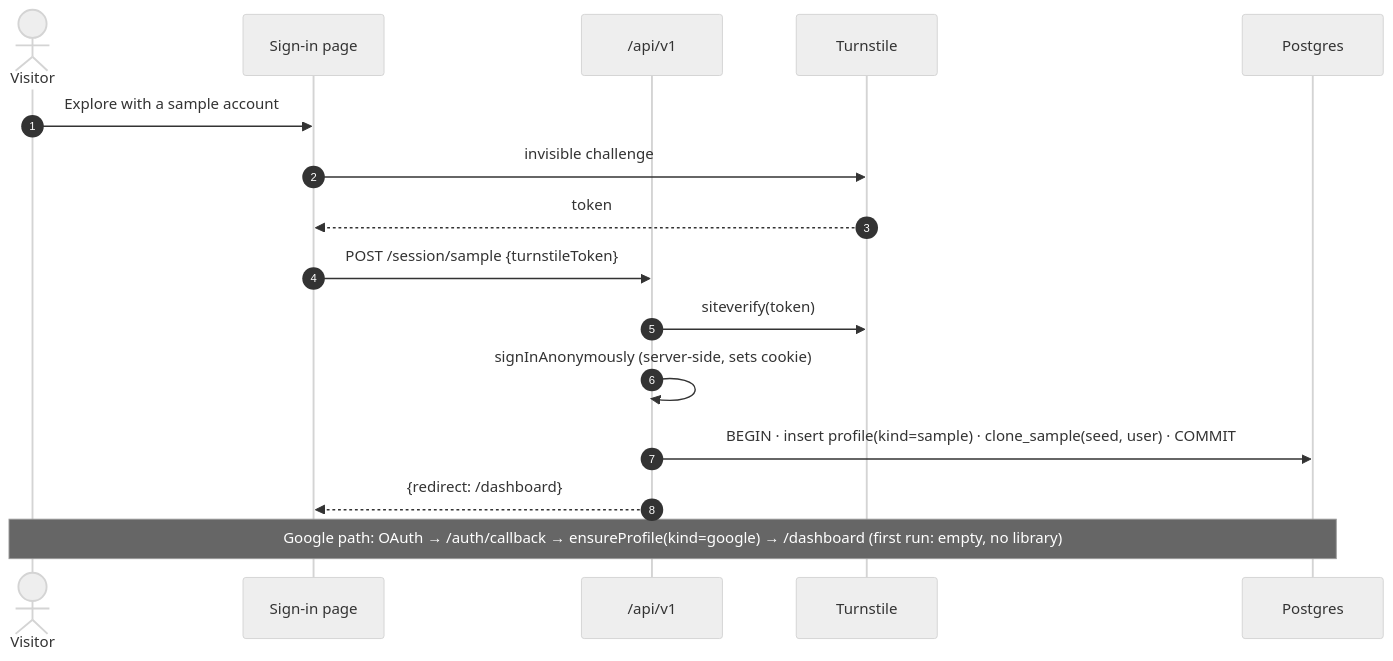
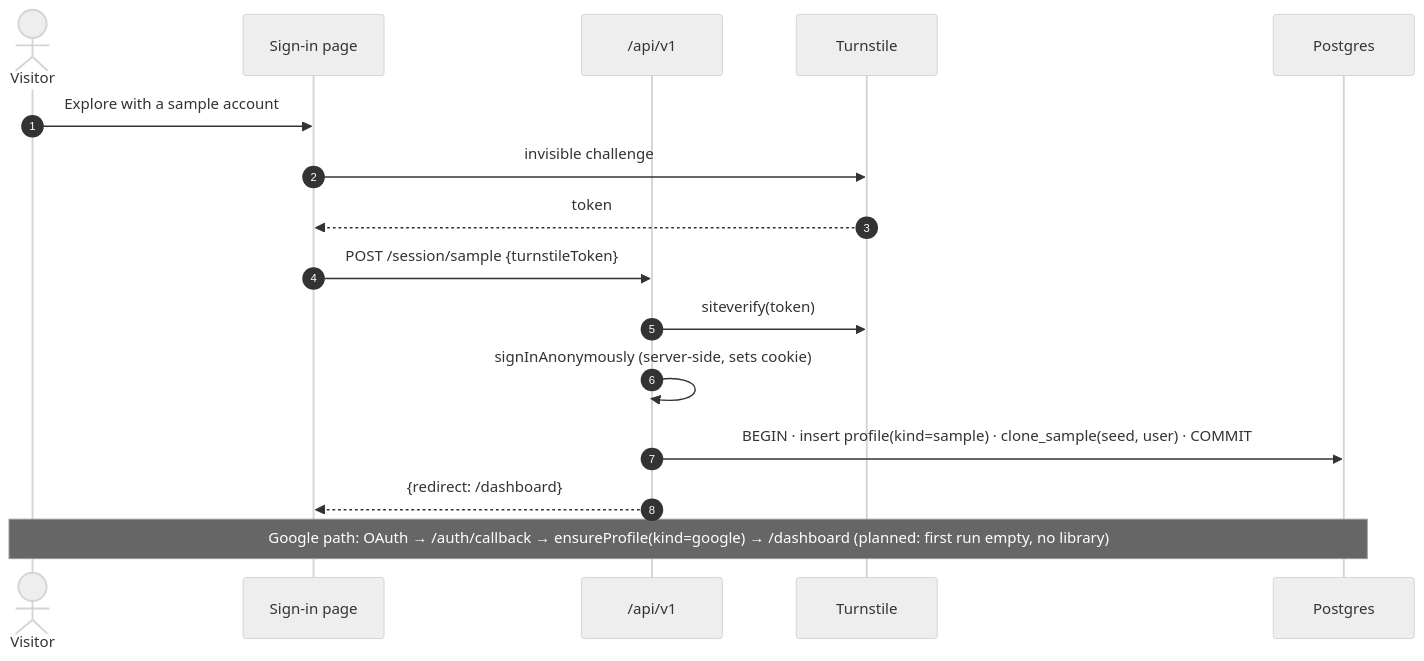
The second of 6 diagrams in docs/Lectheo Architecture.md (adamchok/Lectheo), drawn with Mermaid (neutral theme) before and after one commit. The commit also changed other lines of this file and 8 other files, not shown here.

````diff
--- a/docs/Lectheo Architecture.md
+++ b/docs/Lectheo Architecture.md
@@ -135,19 +135,19 @@
 ```mermaid
 sequenceDiagram
     autonumber
     actor V as Visitor
     participant UI as Sign-in page
     participant API as /api/v1
     participant TS as Turnstile
     participant DB as Postgres
 
     V->>UI: Explore with a sample account
     UI->>TS: invisible challenge
     TS-->>UI: token
     UI->>API: POST /session/sample {turnstileToken}
     API->>TS: siteverify(token)
     API->>API: signInAnonymously (server-side, sets cookie)
     API->>DB: BEGIN · insert profile(kind=sample) · clone_sample(seed, user) · COMMIT
     API-->>UI: {redirect: /dashboard}
-    Note over V,DB: Google path: OAuth → /auth/callback → ensureProfile(kind=google) → /dashboard (first run: empty, no library)
+    Note over V,DB: Google path: OAuth → /auth/callback → ensureProfile(kind=google) → /dashboard (planned: first run empty, no library)
 ```
````
